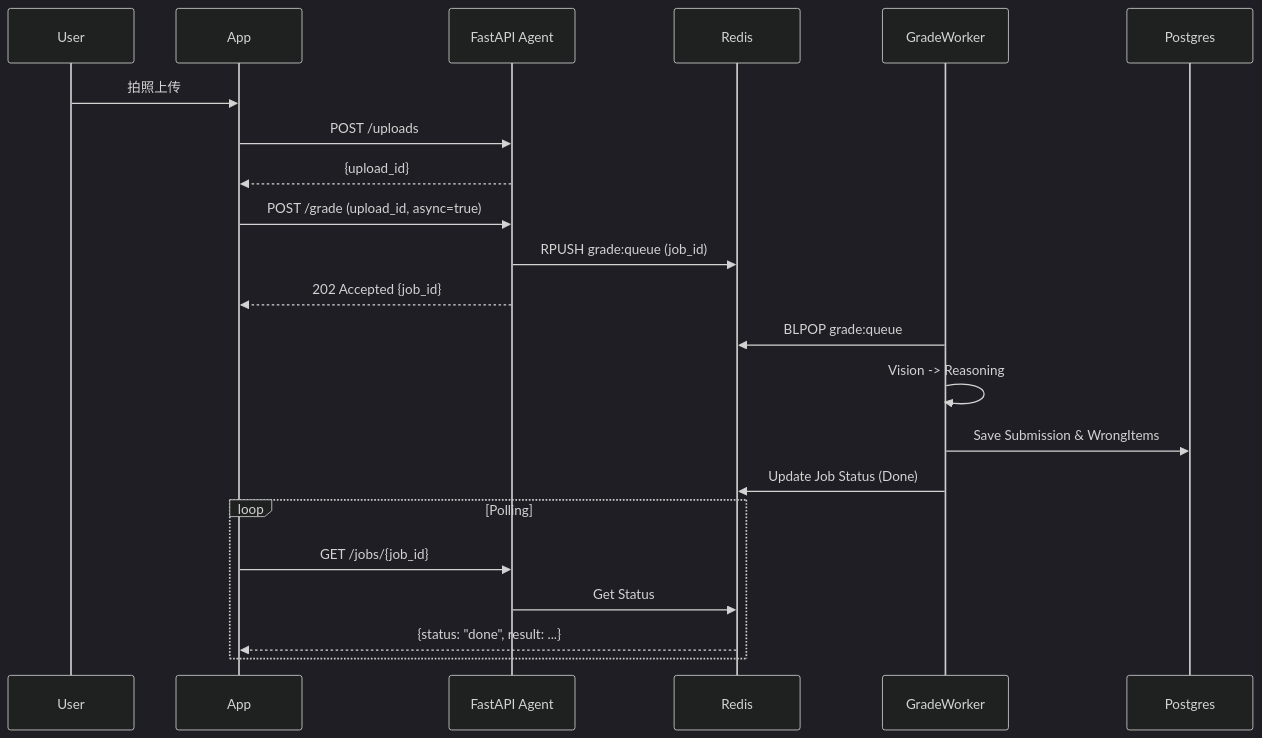
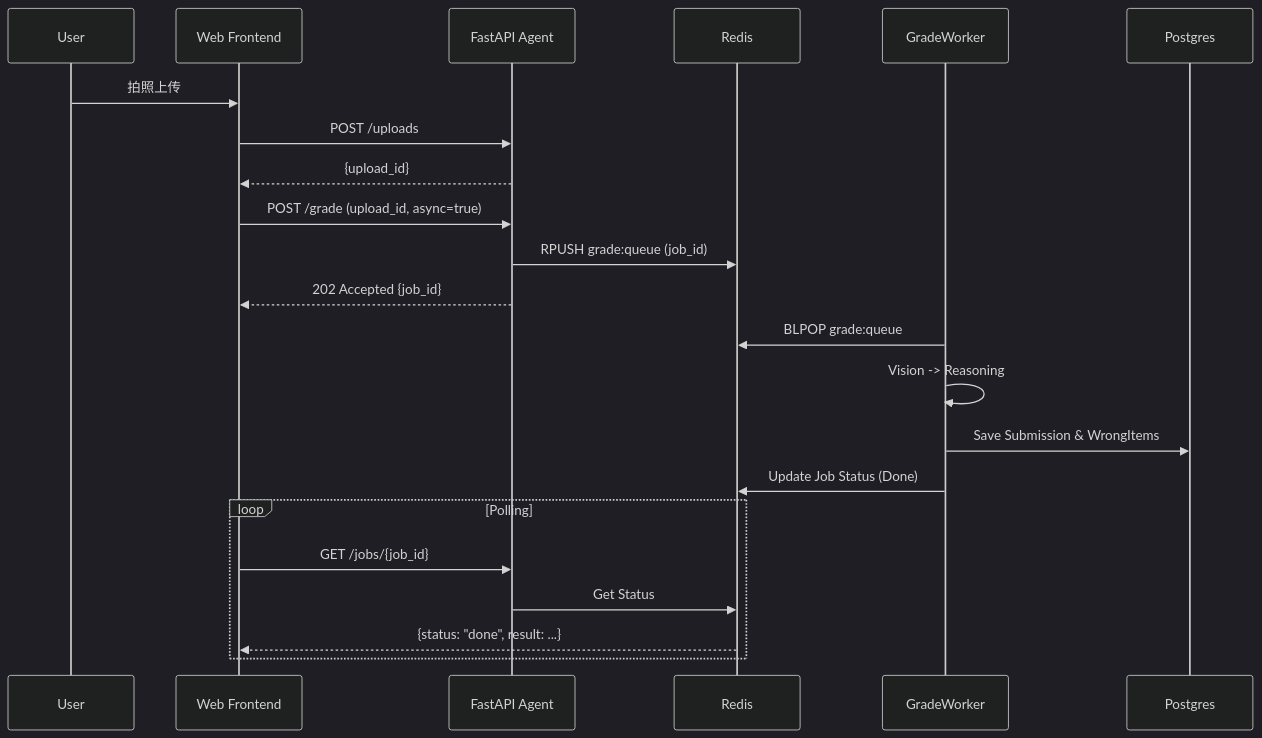
Before and after one commit to frank28mm/noteacher: the second of 3 diagrams in system_architecture.md, drawn with Mermaid (dark theme). The commit also changed other lines of this file and 102 other files, not shown here.

````diff
--- a/system_architecture.md
+++ b/system_architecture.md
@@ -76,28 +98,28 @@
 ```mermaid
 sequenceDiagram
     participant User
-    participant App
+    participant Web as Web Frontend
     participant API as FastAPI Agent
     participant Redis
     participant GradeWorker
     participant PG as Postgres
 
-    User->>App: 拍照上传
-    App->>API: POST /uploads
-    API-->>App: {upload_id}
+    User->>Web: 拍照上传
+    Web->>API: POST /uploads
+    API-->>Web: {upload_id}
 
-    App->>API: POST /grade (upload_id, async=true)
+    Web->>API: POST /grade (upload_id, async=true)
     API->>Redis: RPUSH grade:queue (job_id)
-    API-->>App: 202 Accepted {job_id}
+    API-->>Web: 202 Accepted {job_id}
 
     GradeWorker->>Redis: BLPOP grade:queue
     GradeWorker->>GradeWorker: Vision -> Reasoning
     GradeWorker->>PG: Save Submission & WrongItems
     GradeWorker->>Redis: Update Job Status (Done)
 
     loop Polling
-        App->>API: GET /jobs/{job_id}
+        Web->>API: GET /jobs/{job_id}
         API->>Redis: Get Status
-        Redis-->>App: {status: "done", result: ...}
+        Redis-->>Web: {status: "done", result: ...}
     end
 ```
````
